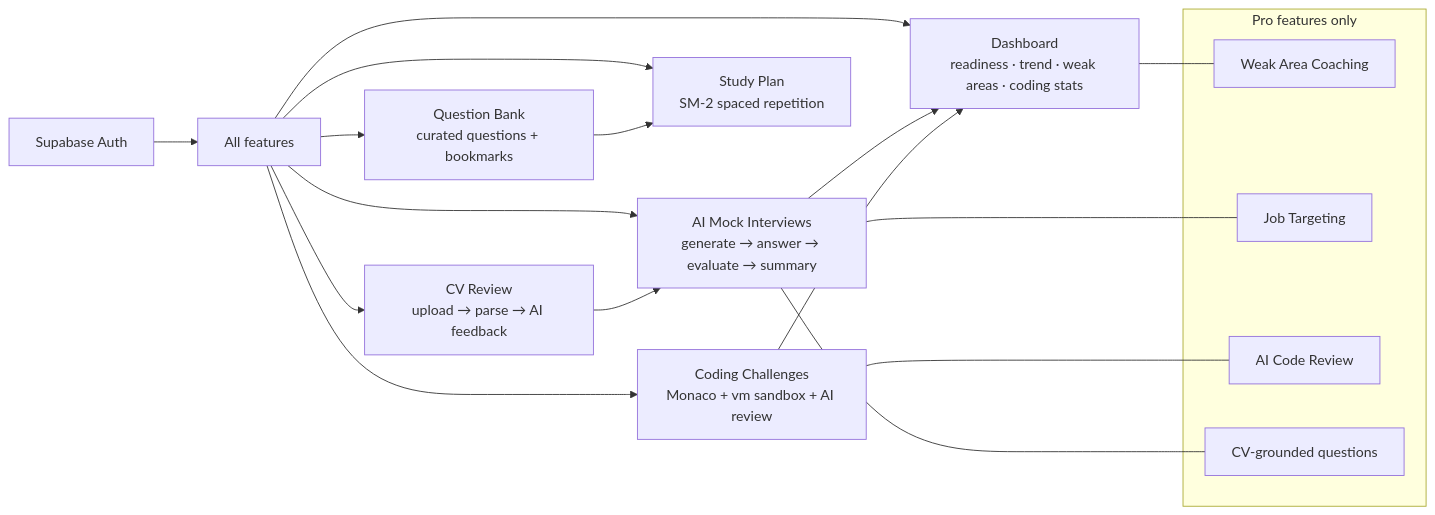
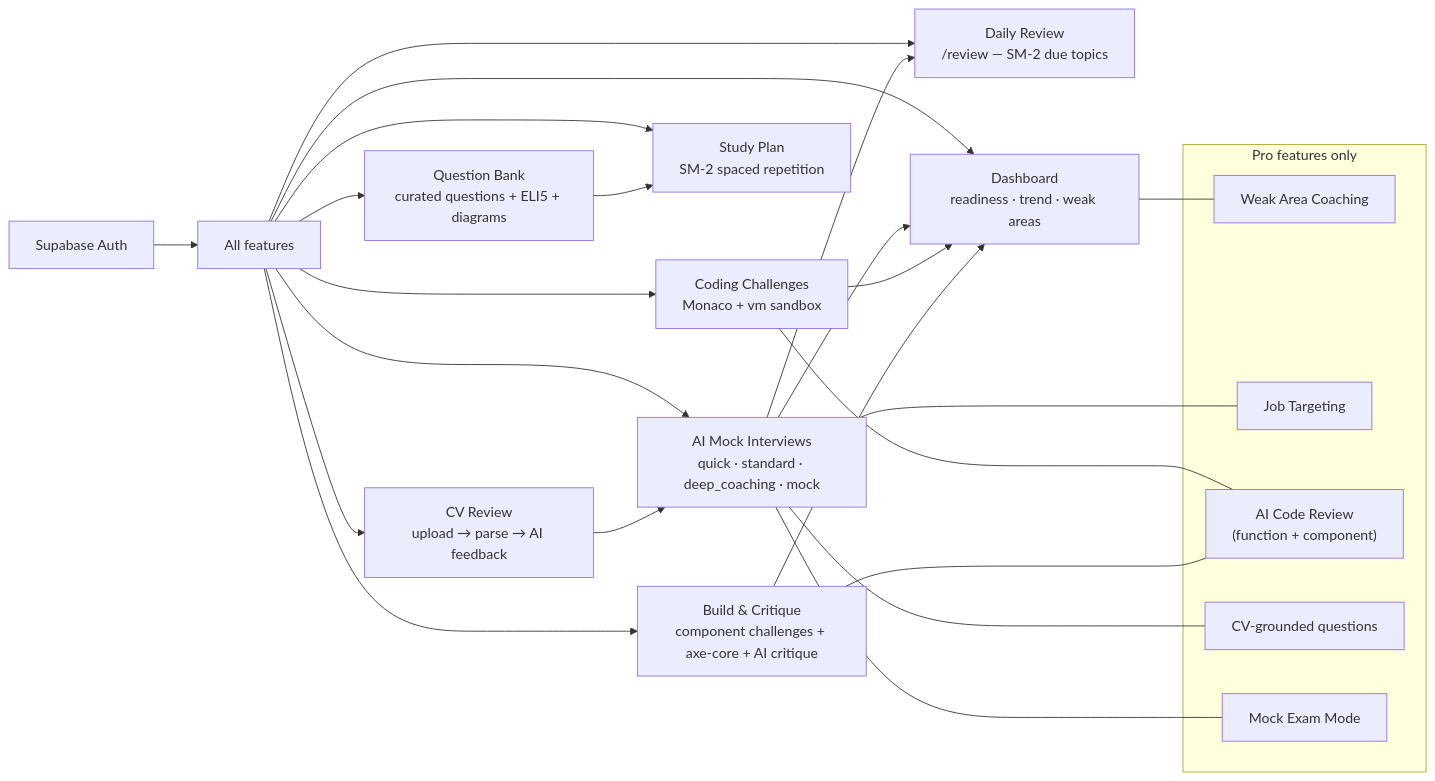
Diagram 13 of 13 in docs/system-architecture.md (lqtrung-95/ai-fe-interview), drawn with Mermaid before and after one commit. The commit also changed other lines of this file and 6 other files, not shown here.

````diff
--- a/docs/system-architecture.md
+++ b/docs/system-architecture.md
@@ -439,28 +611,35 @@
 ```mermaid
 graph LR
     Auth["Supabase Auth"] --> All["All features"]
 
-    All --> Interview["AI Mock Interviews\ngenerate → answer → evaluate → summary"]
-    All --> QB["Question Bank\ncurated questions + bookmarks"]
+    All --> Interview["AI Mock Interviews\nquick · standard · deep_coaching · mock"]
+    All --> BC["Build & Critique\ncomponent challenges + axe-core + AI critique"]
+    All --> QB["Question Bank\ncurated questions + ELI5 + diagrams"]
     All --> SP["Study Plan\nSM-2 spaced repetition"]
-    All --> CC["Coding Challenges\nMonaco + vm sandbox + AI review"]
+    All --> DR["Daily Review\n/review — SM-2 due topics"]
+    All --> CC["Coding Challenges\nMonaco + vm sandbox"]
     All --> CV["CV Review\nupload → parse → AI feedback"]
-    All --> Dashboard["Dashboard\nreadiness · trend · weak areas · coding stats"]
+    All --> Dashboard["Dashboard\nreadiness · trend · weak areas"]
 
     Interview --> Dashboard
+    Interview --> DR
     QB --> SP
     CC --> Dashboard
+    BC --> Dashboard
     CV --> Interview
 
     subgraph Pro["Pro features only"]
         WeakAreas["Weak Area Coaching"]
         JobTarget["Job Targeting"]
-        AIReview["AI Code Review"]
+        AIReview["AI Code Review\n(function + component)"]
         CVGround["CV-grounded questions"]
+        MockMode["Mock Exam Mode"]
     end
 
     Dashboard --- WeakAreas
     Interview --- JobTarget
+    Interview --- MockMode
     CC --- AIReview
+    BC --- AIReview
     Interview --- CVGround
 ```
````
